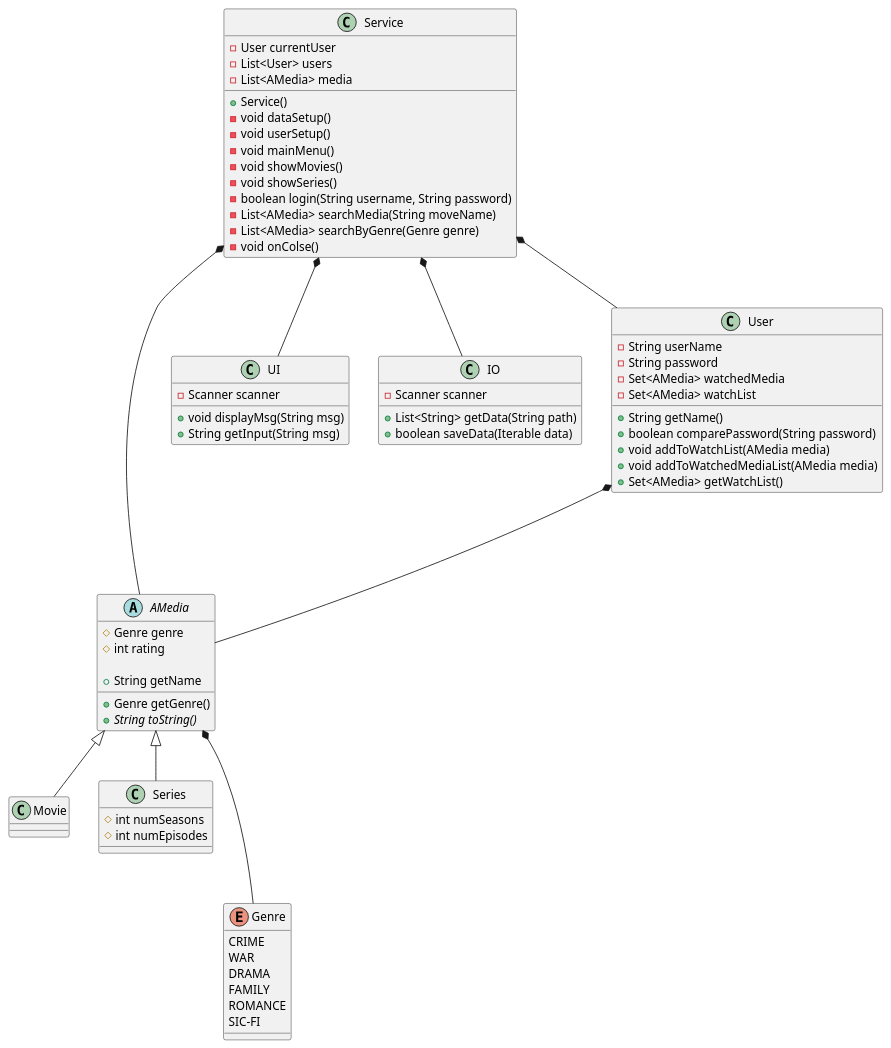
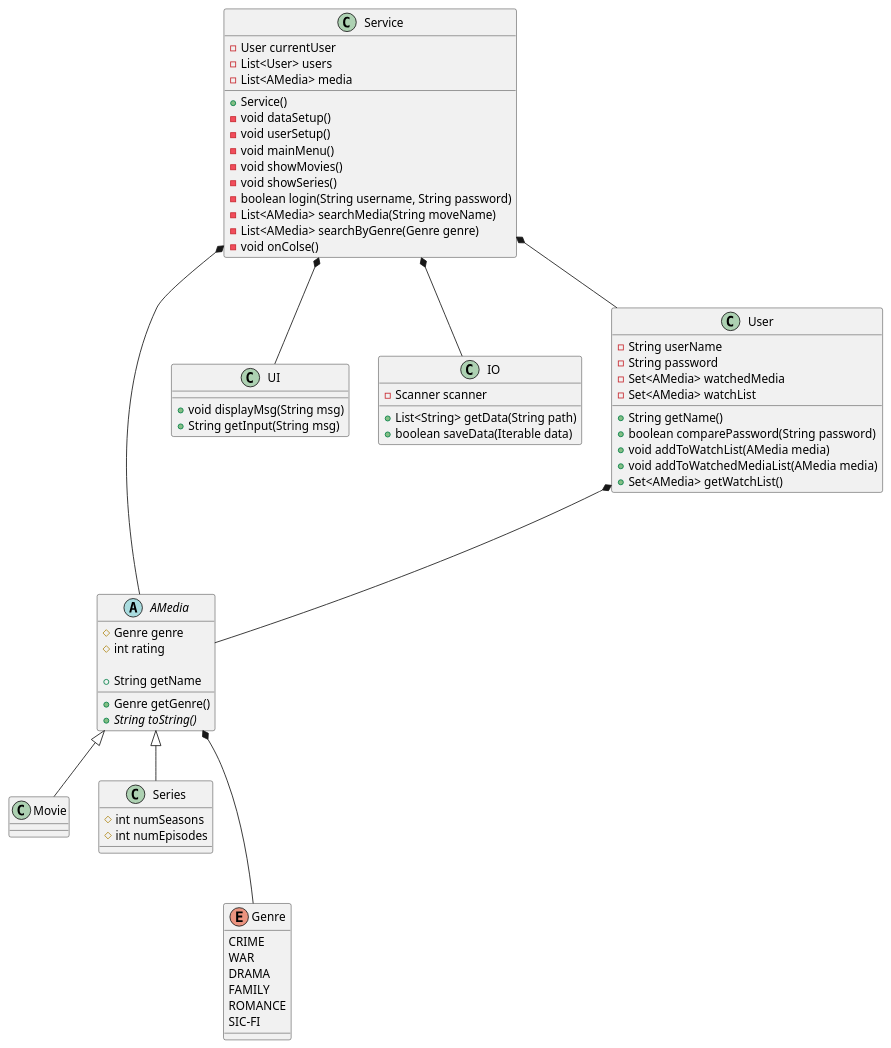
One commit to Laumh-exe/sp3 changed the diagram in doc/classDiagra.puml. Above: the diagram before and after it, drawn with PlantUML. The commit also changed 1 other file, not shown here.

```diff
--- a/doc/classDiagra.puml
+++ b/doc/classDiagra.puml
@@ -1,87 +1,92 @@
+@startuml
+
+
 abstract class AMedia{
 	# Genre genre
 	# int rating
 
     + Genre getGenre()
     + String getName
     {abstract} + String toString()
 }
 
 class Movie{
 	
 }
 
 class Series{
 	# int numSeasons
 	# int numEpisodes	
 }
 
 class UI {
-    - Scanner scanner
+    '- Scanner scanner
 	+ void displayMsg(String msg)
 	+ String getInput(String msg)
 }
 
 class IO{
     - Scanner scanner
 	+ List<String> getData(String path)
 	+ boolean saveData(Iterable data)
 }
 
 class User{
     - String userName
     - String password
     - Set<AMedia> watchedMedia
     - Set<AMedia> watchList
     + String getName()
     + boolean comparePassword(String password)
     + void addToWatchList(AMedia media)
     + void addToWatchedMediaList(AMedia media)
     + Set<AMedia> getWatchList()
 }
 
 class Service{
     - User currentUser
 	- List<User> users
 	- List<AMedia> media
 	
     + Service()
     - void dataSetup()
     - void userSetup()
     - void mainMenu() 
     - void showMovies()
     - void showSeries()
 	- boolean login(String username, String password)
     - List<AMedia> searchMedia(String moveName)
     - List<AMedia> searchByGenre(Genre genre)
     - void onColse()
 }
 note left of Service::setup
     userlogin / create user
 end note
 
 note left of Service::mainMainu
     This is the main loop of the programSS
 end note
 
 enum Genre{
     CRIME
     WAR
     DRAMA
     FAMILY
     ROMANCE
     SIC-FI
 }
 
 Service *-- AMedia
 Service *-- User
 Service *-- UI
 Service *-- IO
 
 AMedia *--- Genre
 
 User *--- AMedia
 
 
 AMedia <|-- Movie
 AMedia <|-- Series
+
+@enduml
```
